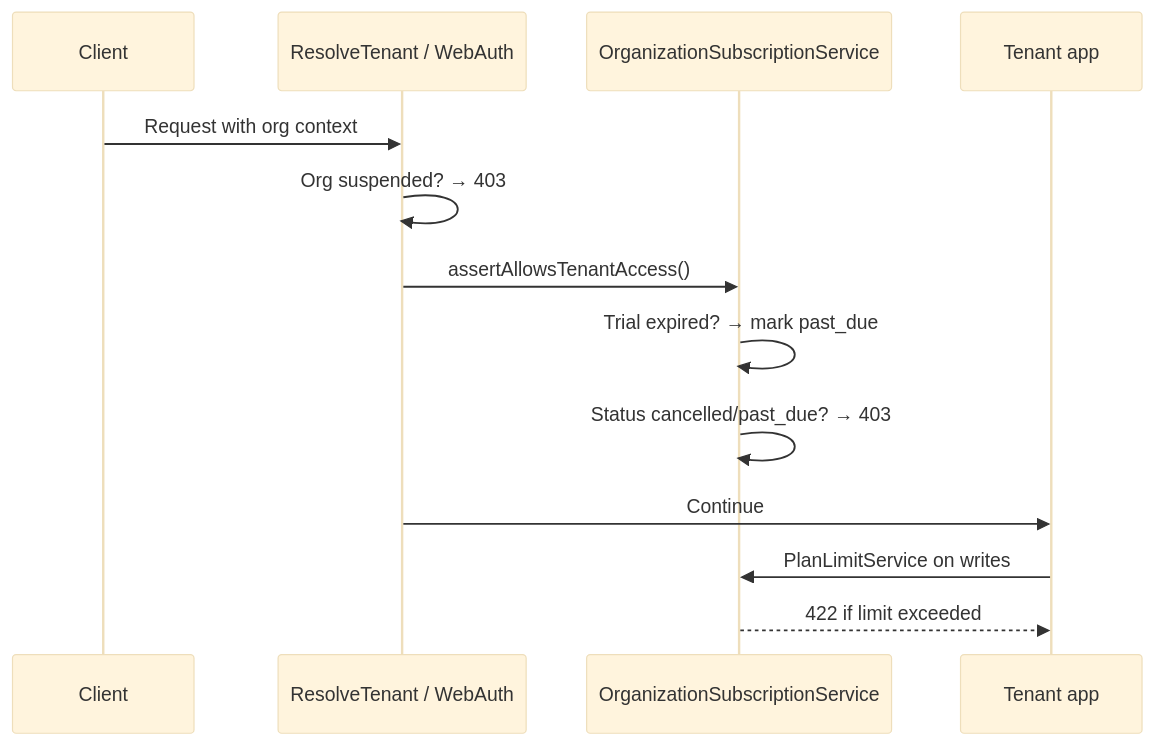
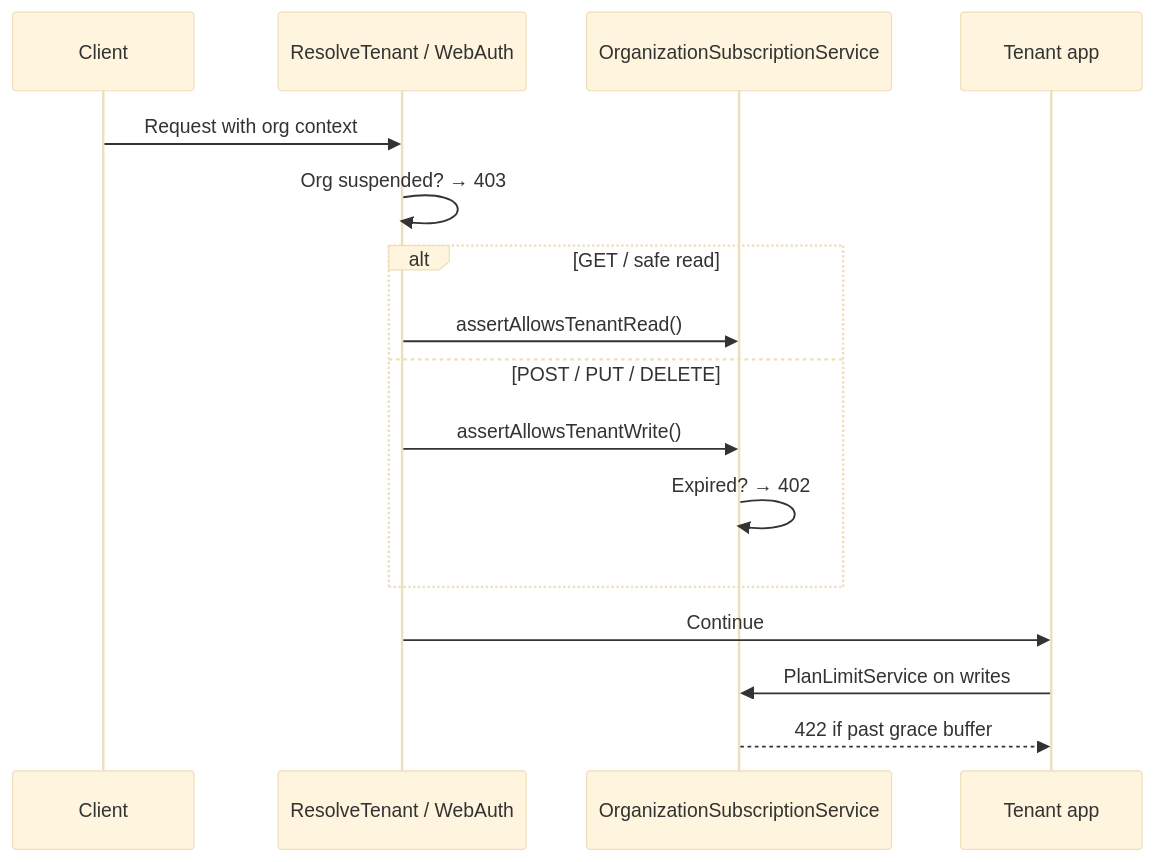
The second of 2 diagrams in docs/SUBSCRIPTIONS-AND-PLANS.md (musafci/Inventory-Management-SaaS), drawn with Mermaid (base theme) before and after one commit. The commit also changed other lines of this file and 61 other files, not shown here.

````diff
--- a/docs/SUBSCRIPTIONS-AND-PLANS.md
+++ b/docs/SUBSCRIPTIONS-AND-PLANS.md
@@ -145,16 +180,19 @@
 ```mermaid
 sequenceDiagram
     participant C as Client
     participant RT as ResolveTenant / WebAuth
     participant Sub as OrganizationSubscriptionService
     participant App as Tenant app
 
     C->>RT: Request with org context
     RT->>RT: Org suspended? → 403
-    RT->>Sub: assertAllowsTenantAccess()
-    Sub->>Sub: Trial expired? → mark past_due
-    Sub->>Sub: Status cancelled/past_due? → 403
+    alt GET / safe read
+        RT->>Sub: assertAllowsTenantRead()
+    else POST / PUT / DELETE
+        RT->>Sub: assertAllowsTenantWrite()
+        Sub->>Sub: Expired? → 402
+    end
     RT->>App: Continue
     App->>Sub: PlanLimitService on writes
-    Sub-->>App: 422 if limit exceeded
+    Sub-->>App: 422 if past grace buffer
 ```
````
